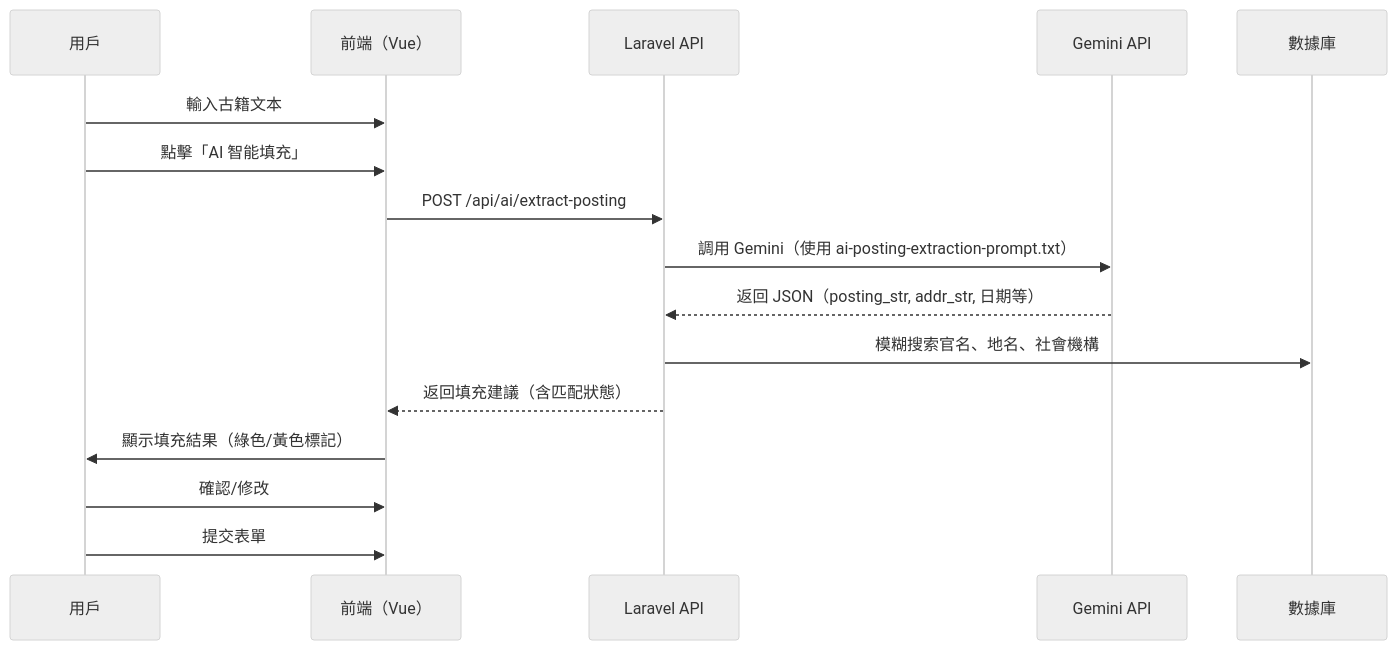
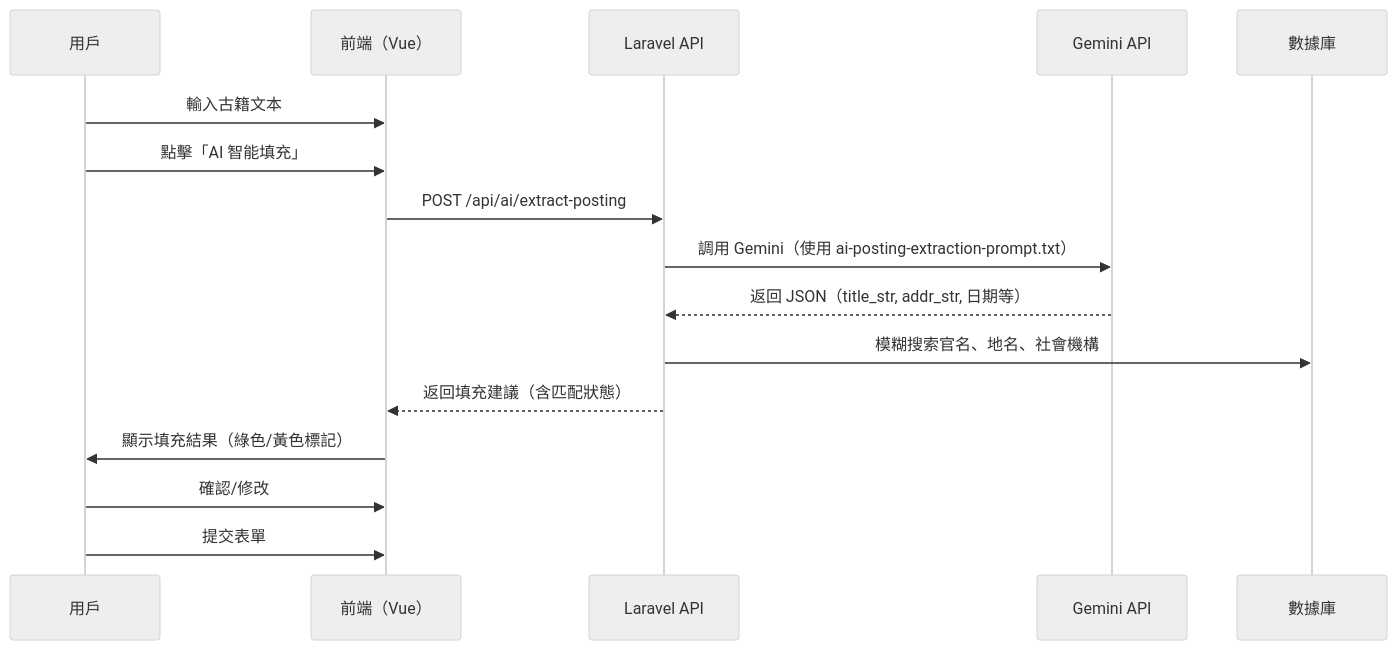
One commit to cbdb-project/cbdb-online-main-server changed the diagram in docs/AI_POSTING_AUTOFILL_DESIGN.md. Above: the diagram before and after it, drawn with Mermaid (neutral theme). The commit also changed other lines of this file and 5 other files, not shown here.

````diff
--- a/docs/AI_POSTING_AUTOFILL_DESIGN.md
+++ b/docs/AI_POSTING_AUTOFILL_DESIGN.md
@@ -42,19 +42,19 @@
 ```mermaid
 sequenceDiagram
     participant User as 用戶
     participant Frontend as 前端（Vue）
     participant API as Laravel API
     participant AI as Gemini API
     participant DB as 數據庫
 
     User->>Frontend: 輸入古籍文本
     User->>Frontend: 點擊「AI 智能填充」
     Frontend->>API: POST /api/ai/extract-posting
     API->>AI: 調用 Gemini（使用 ai-posting-extraction-prompt.txt）
-    AI-->>API: 返回 JSON（posting_str, addr_str, 日期等）
+    AI-->>API: 返回 JSON（title_str, addr_str, 日期等）
     API->>DB: 模糊搜索官名、地名、社會機構
     API-->>Frontend: 返回填充建議（含匹配狀態）
     Frontend->>User: 顯示填充結果（綠色/黃色標記）
     User->>Frontend: 確認/修改
     User->>Frontend: 提交表單
 ```
````
